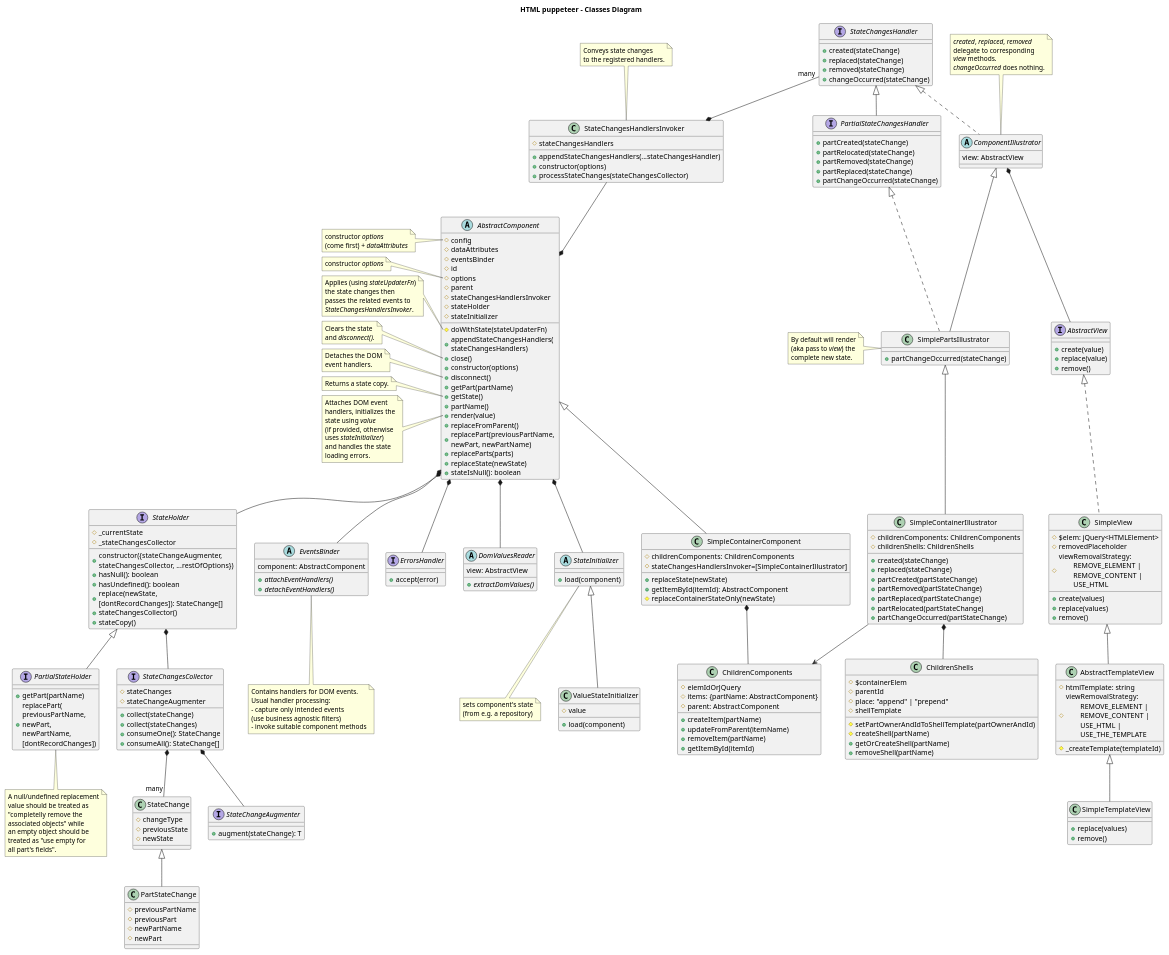
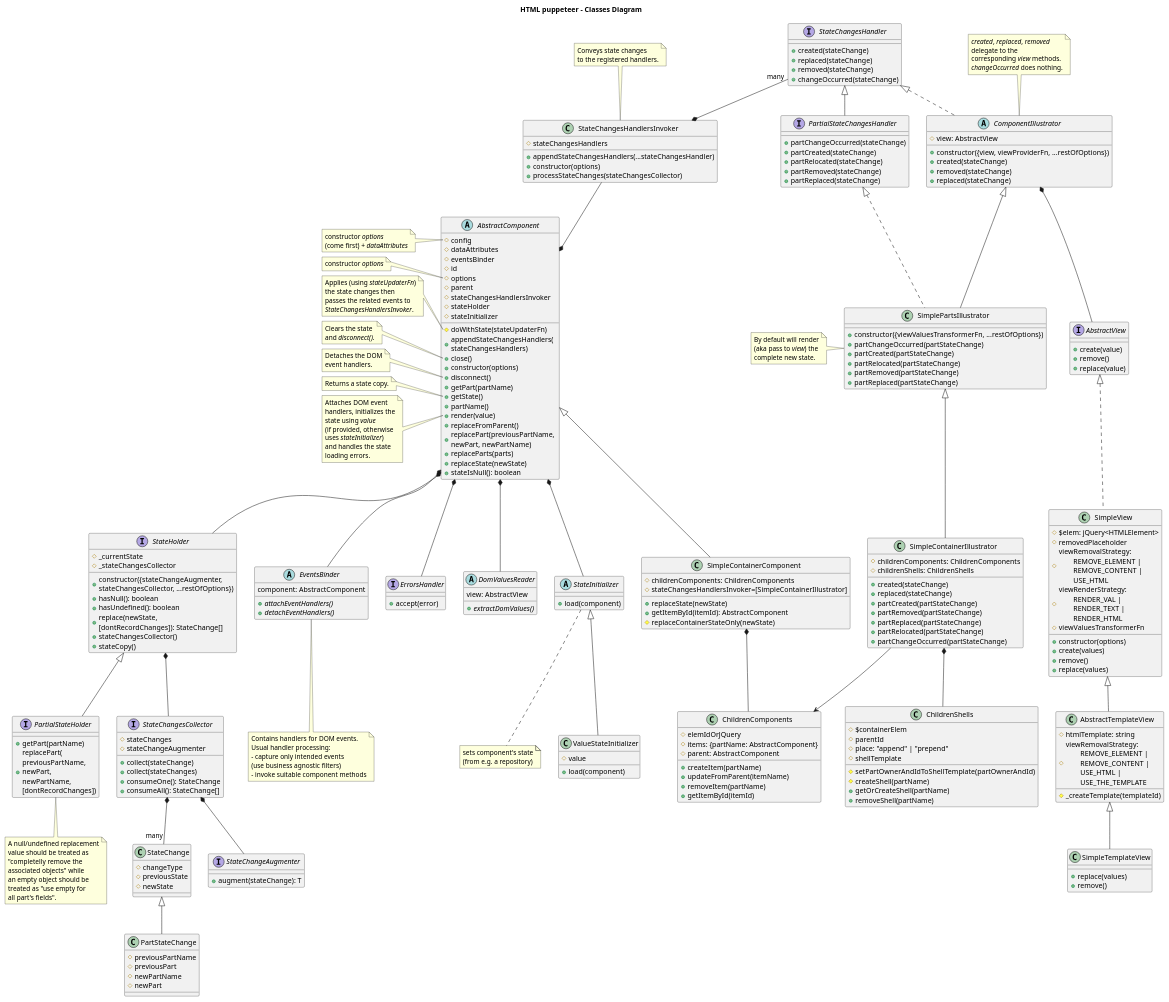
One commit to adrhc/html-puppeteer changed the diagram in design/classes-diagram.puml. Above: the diagram before and after it, drawn with PlantUML. The commit also changed 1 other file, not shown here.

Commit message:
SimpleView.js: added ViewRenderStrategy type classes-diagram.puml updated

```diff
--- a/design/classes-diagram.puml
+++ b/design/classes-diagram.puml
@@ -264,8 +264,8 @@
 
 interface AbstractView {
 +create(value)
++remove()
 +replace(value)
-+remove()
 }
 
 /'note right of AbstractView::create
@@ -292,9 +292,12 @@
 #$elem: jQuery<HTMLElement>
 #removedPlaceholder
 #viewRemovalStrategy: \n\tREMOVE_ELEMENT |\n\tREMOVE_CONTENT |\n\tUSE_HTML
+#viewRenderStrategy: \n\tRENDER_VAL |\n\tRENDER_TEXT |\n\tRENDER_HTML
+#viewValuesTransformerFn
++constructor(options)
 +create(values)
++remove()
 +replace(values)
-+remove()
 }
 
 class AbstractTemplateView extends SimpleView {
@@ -343,26 +346,35 @@
 }
 
 interface PartialStateChangesHandler extends StateChangesHandler {
++partChangeOccurred(stateChange)
 +partCreated(stateChange)
 +partRelocated(stateChange)
 +partRemoved(stateChange)
 +partReplaced(stateChange)
-+partChangeOccurred(stateChange)
 }
 
 abstract ComponentIllustrator implements StateChangesHandler {
-view: AbstractView
+#view: AbstractView
++constructor({view, viewProviderFn, ...restOfOptions})
++created(stateChange)
++removed(stateChange)
++replaced(stateChange)
 }
 
 note top of ComponentIllustrator
 <i>created</i>, <i>replaced</i>, <i>removed</i>
-delegate to corresponding
-<i>view</i> methods.
+delegate to the
+corresponding <i>view</i> methods.
 <i>changeOccurred</i> does nothing.
 end note
 
 class SimplePartsIllustrator extends ComponentIllustrator implements PartialStateChangesHandler {
-+partChangeOccurred(stateChange)
++constructor({viewValuesTransformerFn, ...restOfOptions})
++partChangeOccurred(partStateChange)
++partCreated(partStateChange)
++partRelocated(partStateChange)
++partRemoved(partStateChange)
++partReplaced(partStateChange)
 }
 
 note left of SimplePartsIllustrator
```
